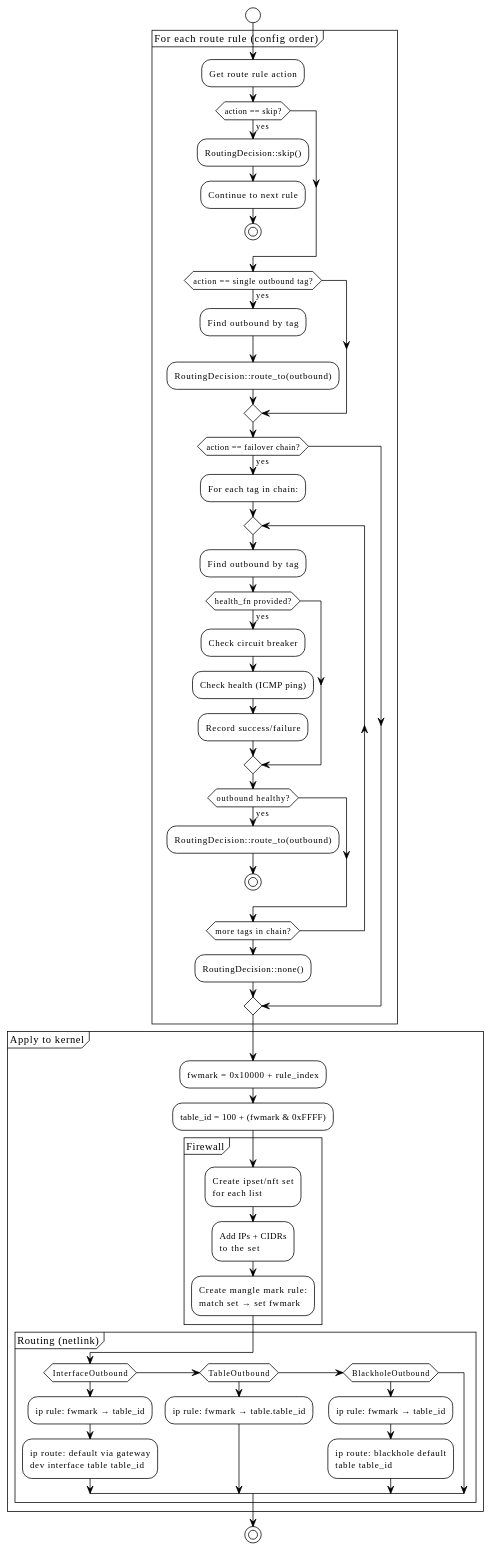
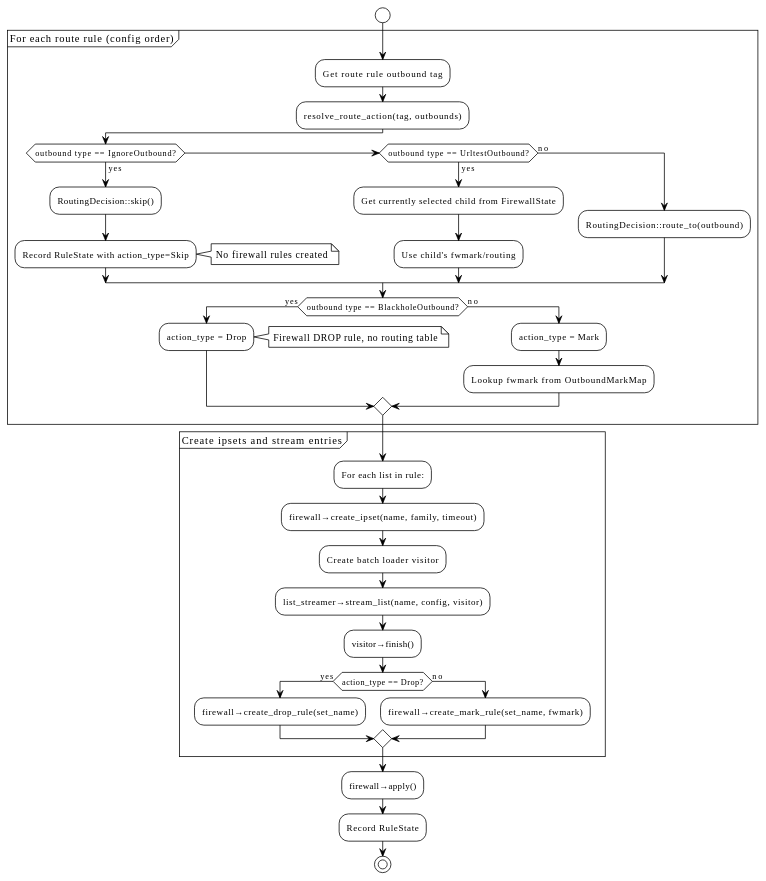
Before and after one commit to maksimkurb/keen-pbr: the eighth of 16 diagrams in STATE.md, drawn with PlantUML. The commit also changed other lines of this file and 5 other files, not shown here.

````diff
--- a/STATE.md
+++ b/STATE.md
@@ -706,65 +818,51 @@
 ```plantuml
 @startuml routing
 !theme plain
 skinparam backgroundColor white
 
 start
 
 partition "For each route rule (config order)" {
-  :Get route rule action;
+  :Get route rule outbound tag;
+  :resolve_route_action(tag, outbounds);
 
-  if (action == skip?) then (yes)
+  if (outbound type == IgnoreOutbound?) then (yes)
     :RoutingDecision::skip();
-    :Continue to next rule;
-    stop
-  endif
-
-  if (action == single outbound tag?) then (yes)
-    :Find outbound by tag;
+    :Record RuleState with action_type=Skip;
+    note right: No firewall rules created
+  elseif (outbound type == UrltestOutbound?) then (yes)
+    :Get currently selected child from FirewallState;
+    :Use child's fwmark/routing;
+  else (no)
     :RoutingDecision::route_to(outbound);
   endif
 
-  if (action == failover chain?) then (yes)
-    :For each tag in chain:;
-    repeat
-      :Find outbound by tag;
-      if (health_fn provided?) then (yes)
-        :Check circuit breaker;
-        :Check health (ICMP ping);
-        :Record success/failure;
-      endif
-      if (outbound healthy?) then (yes)
-        :RoutingDecision::route_to(outbound);
-        stop
-      endif
-    repeat while (more tags in chain?)
-    :RoutingDecision::none();
+  if (outbound type == BlackholeOutbound?) then (yes)
+    :action_type = Drop;
+    note right: Firewall DROP rule, no routing table
+  else (no)
+    :action_type = Mark;
+    :Lookup fwmark from OutboundMarkMap;
   endif
 }
 
-partition "Apply to kernel" {
-  :fwmark = 0x10000 + rule_index;
-  :table_id = 100 + (fwmark & 0xFFFF);
+partition "Create ipsets and stream entries" {
+  :For each list in rule:;
+  :firewall→create_ipset(name, family, timeout);
+  :Create batch loader visitor;
+  :list_streamer→stream_list(name, config, visitor);
+  :visitor→finish();
+  
+  if (action_type == Drop?) then (yes)
+    :firewall→create_drop_rule(set_name);
+  else (no)
+    :firewall→create_mark_rule(set_name, fwmark);
+  endif
+}
 
-  partition "Firewall" {
-    :Create ipset/nft set\nfor each list;
-    :Add IPs + CIDRs\nto the set;
-    :Create mangle mark rule:\nmatch set → set fwmark;
-  }
-
-  partition "Routing (netlink)" {
-    if (InterfaceOutbound) then
-      :ip rule: fwmark → table_id;
-      :ip route: default via gateway\ndev interface table table_id;
-    elseif (TableOutbound) then
-      :ip rule: fwmark → table.table_id;
-    elseif (BlackholeOutbound) then
-      :ip rule: fwmark → table_id;
-      :ip route: blackhole default\ntable table_id;
-    endif
-  }
-}
+:firewall→apply();
+:Record RuleState;
 
 stop
 @enduml
 ```
````
